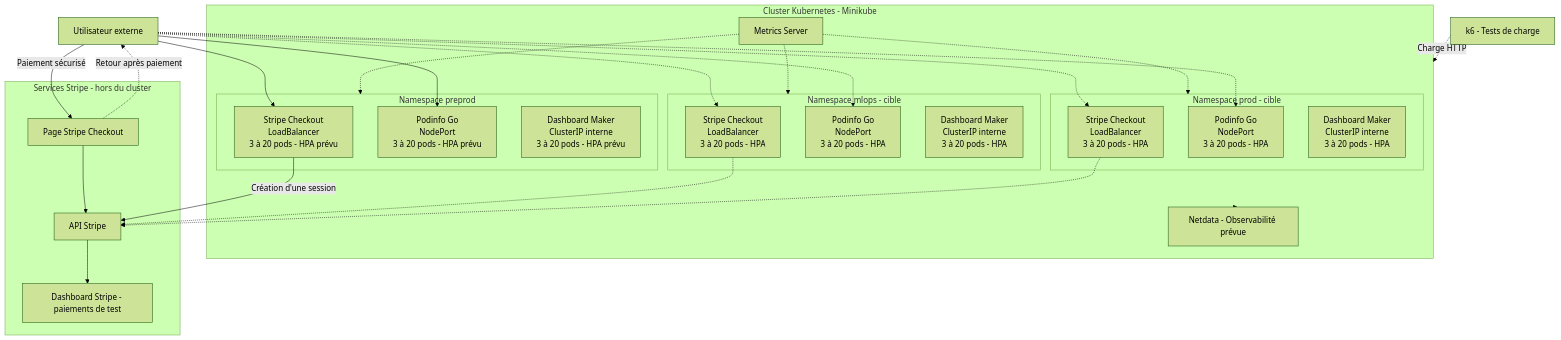
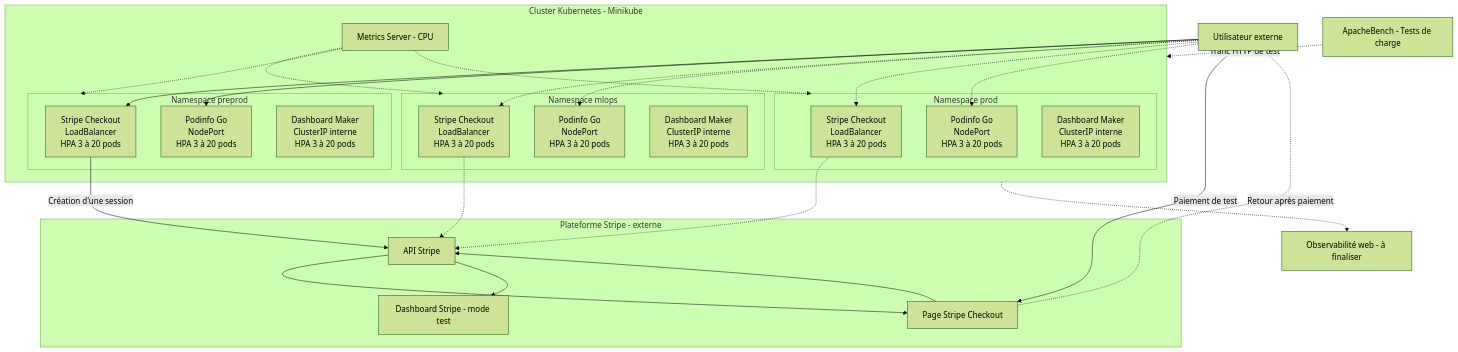
One commit to AmazingSchoolBags/TP-E5-5SDWANA-CH-04-11-2026 changed the diagram in README.md. Above: the diagram before and after it, drawn with Mermaid (forest theme). The commit also changed other lines of this file, not shown here.

````diff
--- a/README.md
+++ b/README.md
@@ -41,54 +41,53 @@
 ```mermaid
 flowchart TB
     USER["Utilisateur externe"]
-    K6["k6 - Tests de charge"]
+    AB["ApacheBench - Tests de charge"]
 
     subgraph K8S["Cluster Kubernetes - Minikube"]
-        METRICS["Metrics Server"]
+        METRICS["Metrics Server - CPU"]
 
-        subgraph MLOPS["Namespace mlops - cible"]
-            M1["Stripe Checkout<br/>LoadBalancer<br/>3 à 20 pods - HPA"]
-            M2["Podinfo Go<br/>NodePort<br/>3 à 20 pods - HPA"]
-            M3["Dashboard Maker<br/>ClusterIP interne<br/>3 à 20 pods - HPA"]
+        subgraph MLOPS["Namespace mlops"]
+            M1["Stripe Checkout<br/>LoadBalancer<br/>HPA 3 à 20 pods"]
+            M2["Podinfo Go<br/>NodePort<br/>HPA 3 à 20 pods"]
+            M3["Dashboard Maker<br/>ClusterIP interne<br/>HPA 3 à 20 pods"]
         end
 
         subgraph PREPROD["Namespace preprod"]
-            P1["Stripe Checkout<br/>LoadBalancer<br/>3 à 20 pods - HPA prévu"]
-            P2["Podinfo Go<br/>NodePort<br/>3 à 20 pods - HPA prévu"]
-            P3["Dashboard Maker<br/>ClusterIP interne<br/>3 à 20 pods - HPA prévu"]
+            P1["Stripe Checkout<br/>LoadBalancer<br/>HPA 3 à 20 pods"]
+            P2["Podinfo Go<br/>NodePort<br/>HPA 3 à 20 pods"]
+            P3["Dashboard Maker<br/>ClusterIP interne<br/>HPA 3 à 20 pods"]
         end
 
-        subgraph PROD["Namespace prod - cible"]
-            R1["Stripe Checkout<br/>LoadBalancer<br/>3 à 20 pods - HPA"]
-            R2["Podinfo Go<br/>NodePort<br/>3 à 20 pods - HPA"]
-            R3["Dashboard Maker<br/>ClusterIP interne<br/>3 à 20 pods - HPA"]
+        subgraph PROD["Namespace prod"]
+            R1["Stripe Checkout<br/>LoadBalancer<br/>HPA 3 à 20 pods"]
+            R2["Podinfo Go<br/>NodePort<br/>HPA 3 à 20 pods"]
+            R3["Dashboard Maker<br/>ClusterIP interne<br/>HPA 3 à 20 pods"]
         end
-
-        NET["Netdata - Observabilité prévue"]
     end
 
-    subgraph STRIPE["Services Stripe - hors du cluster"]
+    subgraph STRIPE["Plateforme Stripe - externe"]
         API["API Stripe"]
         CHECKOUT["Page Stripe Checkout"]
-        DASH["Dashboard Stripe - paiements de test"]
+        DASH["Dashboard Stripe - mode test"]
     end
+
+    OBS["Observabilité web - à finaliser"]
 
     USER --> P1
     USER --> P2
     USER -.-> M1 & M2
     USER -.-> R1 & R2
-
     P1 -->|"Création d'une session"| API
-    USER -->|"Paiement sécurisé"| CHECKOUT
+    API --> CHECKOUT
+    USER -->|"Paiement de test"| CHECKOUT
     CHECKOUT --> API
     API --> DASH
     CHECKOUT -.->|"Retour après paiement"| USER
     M1 -.-> API
     R1 -.-> API
-
-    K6 -.->|"Charge HTTP"| K8S
+    AB -.->|"Trafic HTTP de test"| K8S
     METRICS -.-> MLOPS
     METRICS -.-> PREPROD
     METRICS -.-> PROD
-    K8S -.-> NET
+    K8S -.-> OBS
 ```
````
